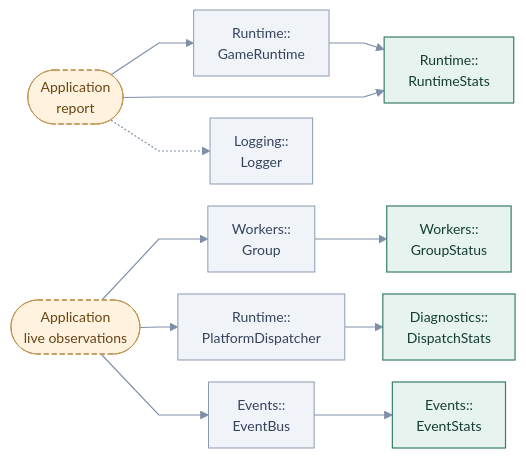
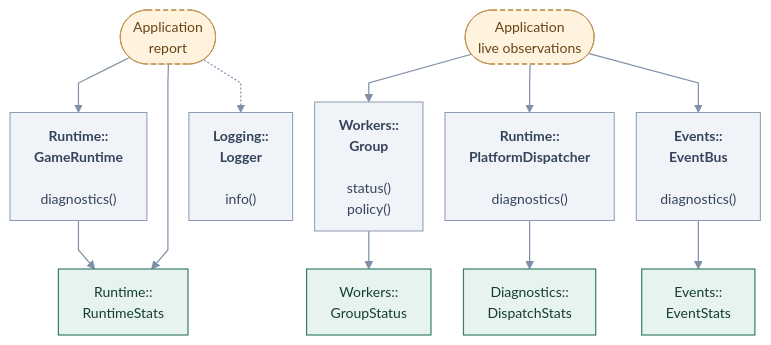
Before and after one commit to cppcooper/cheryl-engine: the diagram in docs/site/engine-systems/diagrams/diagnostics-application.mmd, drawn with Mermaid. The commit also changed 25 other files, not shown here.

First line of the commit message:
Adds public method entry points to application diagrams

```diff
--- a/docs/site/engine-systems/diagrams/diagnostics-application.mmd
+++ b/docs/site/engine-systems/diagrams/diagnostics-application.mmd
@@ -1,42 +1,42 @@
 ---
 config:
   theme: base
   themeVariables:
     fontFamily: system-ui, sans-serif
     fontSize: 14px
   flowchart:
     htmlLabels: true
     curve: linear
     nodeSpacing: 22
     rankSpacing: 38
     padding: 12
 ---
-flowchart LR
+flowchart TB
     accTitle: Diagnostics · application observations
-    accDescr: Arrows point toward dependencies. Application roles are rounded; named API operations have rounded corners. Dashed arrows mark optional choices.
+    accDescr: Arrows point toward the API or type used, not call order or data flow. Methods beneath type names are selected application entry points; Implement hooks marks engine-invoked overrides. Dashed arrows mark optional choices.
     k0(["Application<br/>report"]):::app
-    k1["Runtime::<br/>GameRuntime"]:::neighbor
+    k1["<b>Runtime::<br/>GameRuntime</b><br/><br/>diagnostics()"]:::neighbor
     k2["Runtime::<br/>RuntimeStats"]:::focal
     k3(["Application<br/>live observations"]):::app
-    k4["Workers::<br/>Group"]:::neighbor
+    k4["<b>Workers::<br/>Group</b><br/><br/>status()<br/>policy()"]:::neighbor
     k5["Workers::<br/>GroupStatus"]:::focal
-    k6["Runtime::<br/>PlatformDispatcher"]:::neighbor
+    k6["<b>Runtime::<br/>PlatformDispatcher</b><br/><br/>diagnostics()"]:::neighbor
     k7["Diagnostics::<br/>DispatchStats"]:::focal
-    k8["Events::<br/>EventBus"]:::neighbor
+    k8["<b>Events::<br/>EventBus</b><br/><br/>diagnostics()"]:::neighbor
     k9["Events::<br/>EventStats"]:::focal
-    k10["Logging::<br/>Logger"]:::neighbor
+    k10["<b>Logging::<br/>Logger</b><br/><br/>info()"]:::neighbor
     k0 --> k1
     k1 --> k2
     k0 --> k2
     k3 --> k4
     k4 --> k5
     k3 --> k6
     k6 --> k7
     k3 --> k8
     k8 --> k9
     k0 -.-> k10
     classDef focal fill:#e7f3ef,stroke:#387d6b,color:#153d33,stroke-width:1.2px
     classDef neighbor fill:#f0f3f8,stroke:#8c9bb1,color:#35445b,stroke-width:1px
     classDef app fill:#fff2df,stroke:#c09452,color:#674515,stroke-dasharray:5 3
     classDef system fill:#eaf0fc,stroke:#617fab,color:#263f69,stroke-width:1.2px
     linkStyle default stroke:#7e8fa7,stroke-width:1.2px
```
